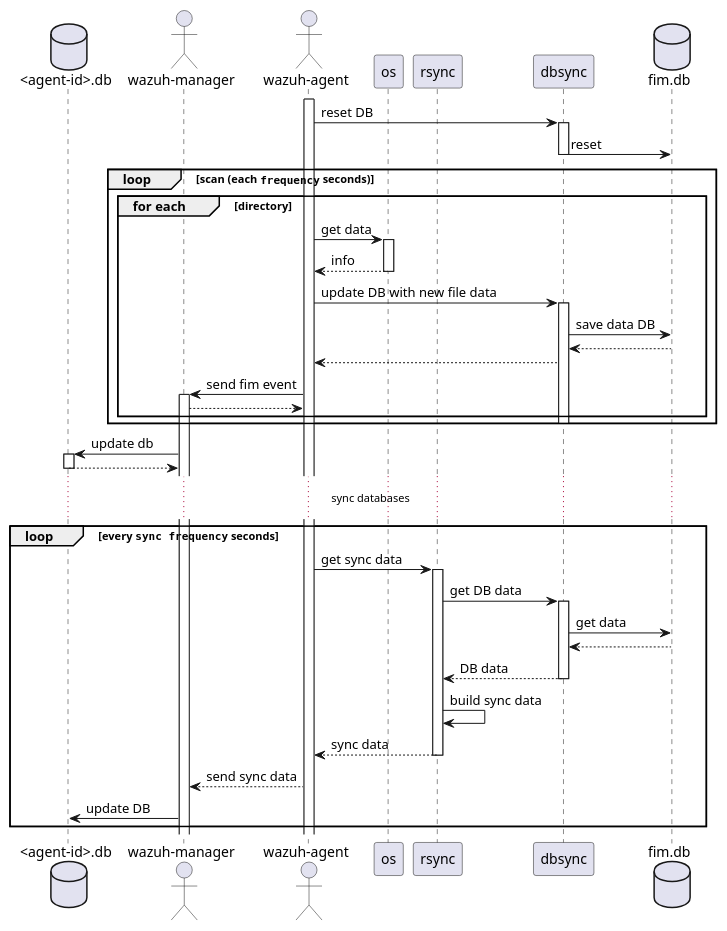
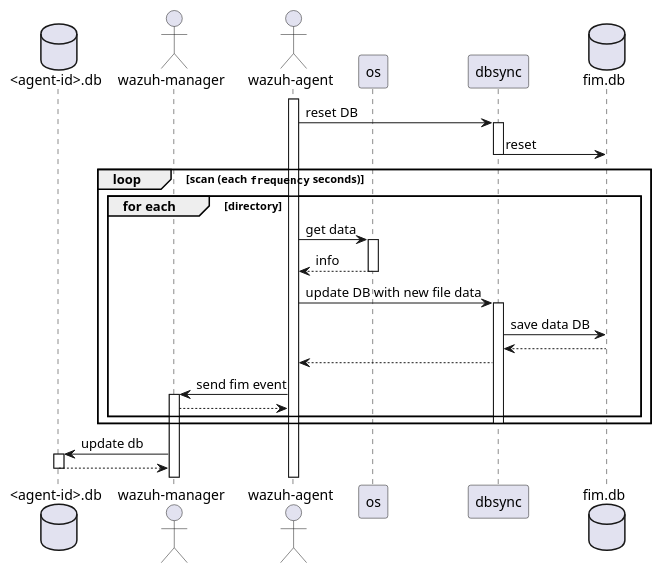
Before and after one commit to wazuh/wazuh: the diagram in architecture/FIM/db/sequence_diagram.puml, drawn with PlantUML. The commit also changed 7 other files, not shown here.

Commit message:
fix: adapt architecture diagrams after FIM changes

```diff
--- a/architecture/FIM/db/sequence_diagram.puml
+++ b/architecture/FIM/db/sequence_diagram.puml
@@ -5,48 +5,30 @@
 @startuml sequence_diagram_db_fim
 database "<agent-id>.db" as agent.db
 actor "wazuh-manager" as manager
 actor "wazuh-agent" as fim
 participant os as os
-participant rsync
 participant dbsync
 database fim.db as fdb
 
 activate fim
 
 fim -> dbsync ++: reset DB
 dbsync -> fdb -- : reset
 
 
 loop scan (each ""frequency"" seconds)
     group for each [directory]
         fim -> os ++: get data
         fim <-- os --: info
         fim -> dbsync++ : update DB with new file data
         dbsync -> fdb : save data DB
         dbsync <-- fdb
         fim <-- dbsync
         manager <- fim ++: send fim event
         manager --> fim
      end group
         dbsync--
 end loop
         agent.db <- manager++: update db
         agent.db --> manager --
-
-... sync databases ...
-
-loop every ""sync frequency"" seconds
-
-
-
-    fim -> rsync++ : get sync data
-    rsync -> dbsync++ : get DB data
-    dbsync -> fdb : get data
-    dbsync <-- fdb
-    rsync <-- dbsync-- : DB data
-    rsync -> rsync : build sync data
-    rsync --> fim --: sync data
-    fim --> manager : send sync data
-    manager -> agent.db: update DB
-end loop
 @enduml
```
